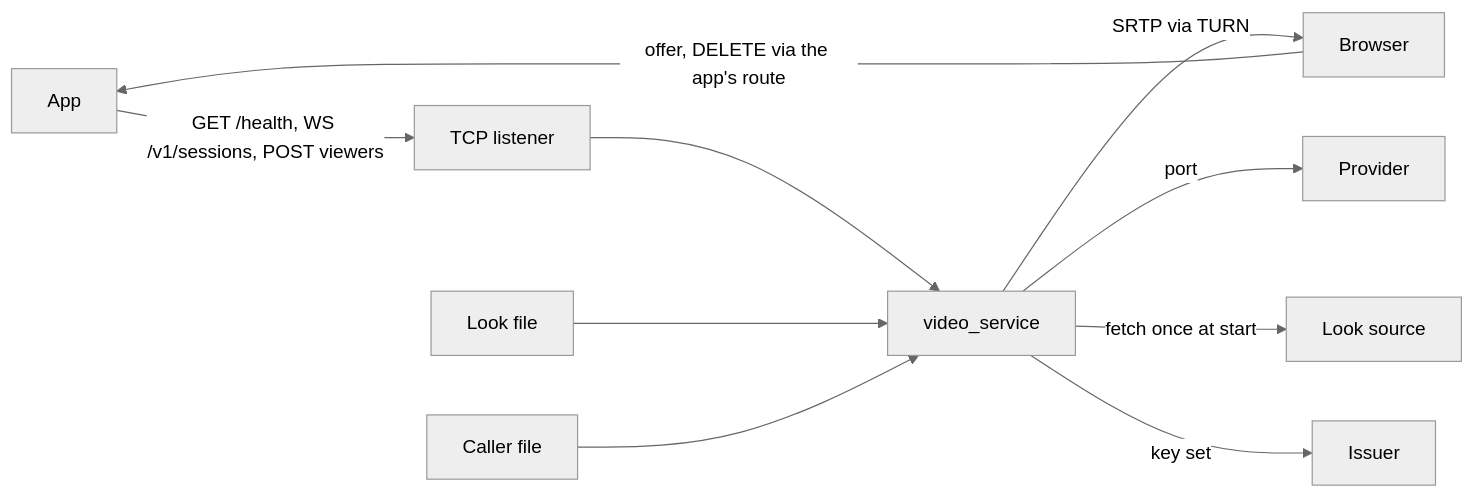
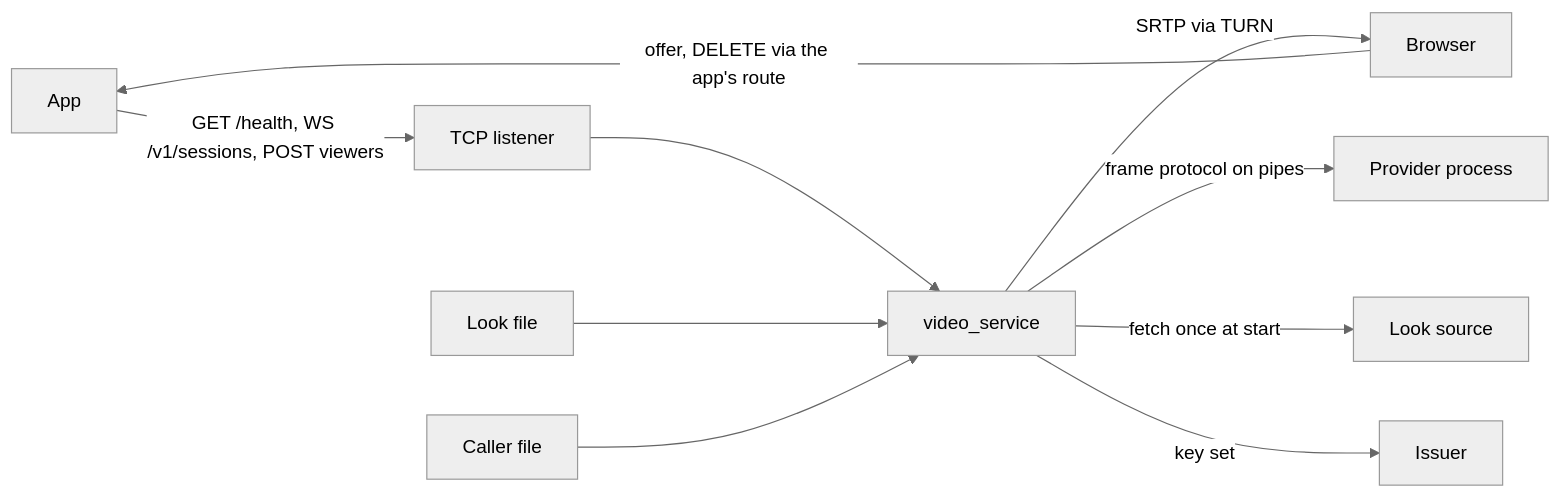
Before and after one commit to overnightworks/video: the first of 2 diagrams in docs/ARCHITECTURE.md, drawn with Mermaid (neutral theme). The commit also changed other lines of this file and 29 other files, not shown here.

First line of the commit message:
Run a provider in its own process behind a private frame protocol (#19)

````diff
--- a/docs/ARCHITECTURE.md
+++ b/docs/ARCHITECTURE.md
@@ -19,12 +20,12 @@
 ```mermaid
 flowchart LR
     app[App] -->|GET /health, WS /v1/sessions, POST viewers| listener[TCP listener]
     viewer[Browser] -->|offer, DELETE via the app's route| app
     listener --> service[video_service]
     service -->|SRTP via TURN| viewer
-    service -->|port| provider[Provider]
+    service -->|frame protocol on pipes| provider[Provider process]
     service -->|fetch once at start| source[Look source]
     service -->|key set| issuer[Issuer]
     file[Look file] --> service
     callers[Caller file] --> service
 ```
````
